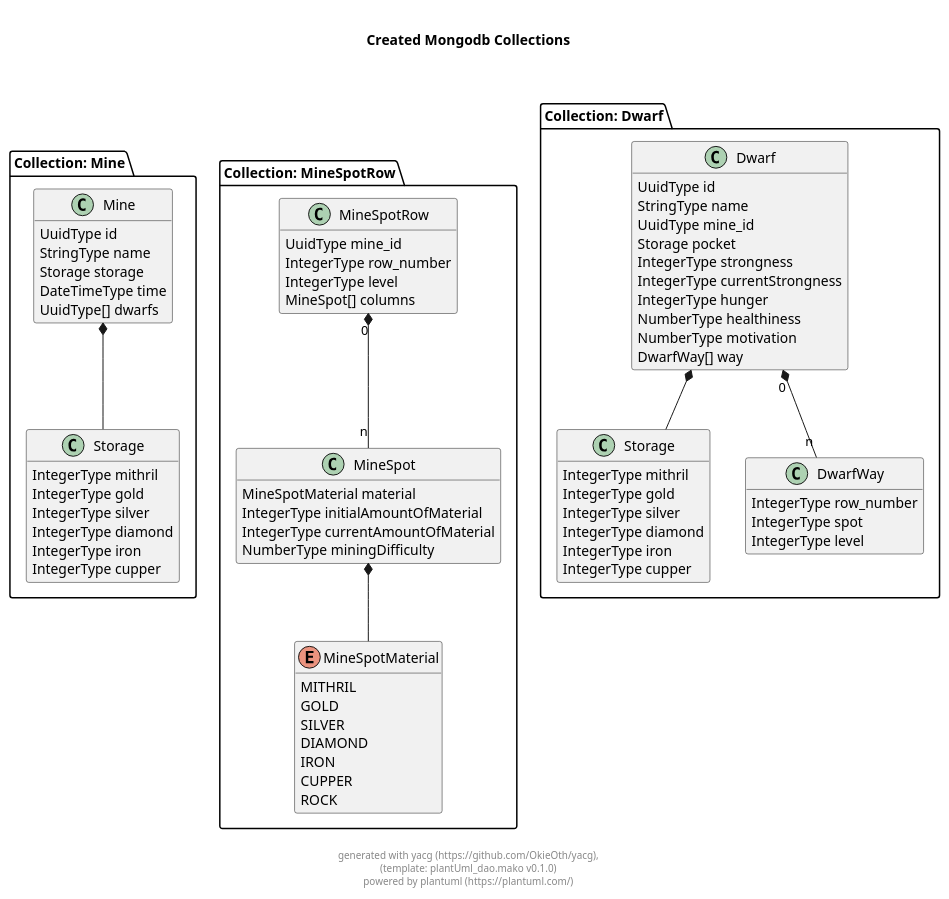
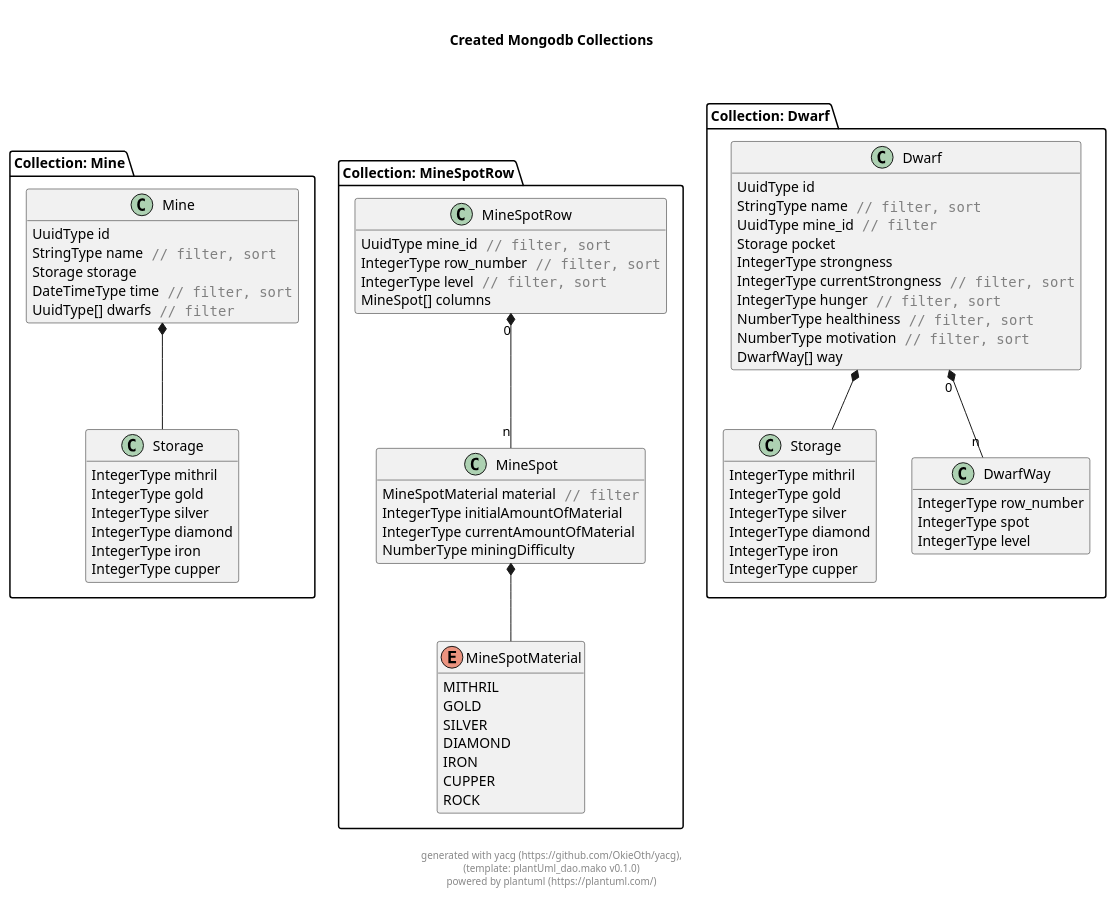
The diagram in docs/generated/nibelheim_dao.puml (OkieOth/nibelheim_ts), drawn with PlantUML before and after one commit. The commit also changed 6 other files, not shown here.

```diff
--- a/docs/generated/nibelheim_dao.puml
+++ b/docs/generated/nibelheim_dao.puml
@@ -2,96 +2,96 @@
 @startuml
 hide empty methods
 
 title "\nCreated Mongodb Collections\n\n"
 
 package "Collection: Mine" {
 
     class "Mine" as Mine_Mine {
             UuidType id
-            StringType name
+            StringType name<color:grey>"" // filter, sort""</color>
             Storage storage
-            DateTimeType time
-            UuidType[] dwarfs
+            DateTimeType time<color:grey>"" // filter, sort""</color>
+            UuidType[] dwarfs<color:grey>"" // filter""</color>
     }
     class "Storage" as Mine_Storage {
             IntegerType mithril
             IntegerType gold
             IntegerType silver
             IntegerType diamond
             IntegerType iron
             IntegerType cupper
     }
 
     Mine_Mine  *--  Mine_Storage
 
 
 }
 package "Collection: MineSpotRow" {
 
     class "MineSpotRow" as MineSpotRow_MineSpotRow {
-            UuidType mine_id
-            IntegerType row_number
-            IntegerType level
+            UuidType mine_id<color:grey>"" // filter, sort""</color>
+            IntegerType row_number<color:grey>"" // filter, sort""</color>
+            IntegerType level<color:grey>"" // filter, sort""</color>
             MineSpot[] columns
     }
     class "MineSpot" as MineSpotRow_MineSpot {
-            MineSpotMaterial material
+            MineSpotMaterial material<color:grey>"" // filter""</color>
             IntegerType initialAmountOfMaterial
             IntegerType currentAmountOfMaterial
             NumberType miningDifficulty
     }
     enum "MineSpotMaterial" as MineSpotRow_MineSpotMaterial {
         MITHRIL
         GOLD
         SILVER
         DIAMOND
         IRON
         CUPPER
         ROCK
     }
 
     MineSpotRow_MineSpotRow "0" *-- "n" MineSpotRow_MineSpot
 
 
     MineSpotRow_MineSpot  *--  MineSpotRow_MineSpotMaterial
 
 
 }
 package "Collection: Dwarf" {
 
     class "Dwarf" as Dwarf_Dwarf {
             UuidType id
-            StringType name
-            UuidType mine_id
+            StringType name<color:grey>"" // filter, sort""</color>
+            UuidType mine_id<color:grey>"" // filter""</color>
             Storage pocket
             IntegerType strongness
-            IntegerType currentStrongness
-            IntegerType hunger
-            NumberType healthiness
-            NumberType motivation
+            IntegerType currentStrongness<color:grey>"" // filter, sort""</color>
+            IntegerType hunger<color:grey>"" // filter, sort""</color>
+            NumberType healthiness<color:grey>"" // filter, sort""</color>
+            NumberType motivation<color:grey>"" // filter, sort""</color>
             DwarfWay[] way
     }
     class "Storage" as Dwarf_Storage {
             IntegerType mithril
             IntegerType gold
             IntegerType silver
             IntegerType diamond
             IntegerType iron
             IntegerType cupper
     }
     class "DwarfWay" as Dwarf_DwarfWay {
             IntegerType row_number
             IntegerType spot
             IntegerType level
     }
 
     Dwarf_Dwarf  *--  Dwarf_Storage
 
     Dwarf_Dwarf "0" *-- "n" Dwarf_DwarfWay
 
 
 
 }
 
 footer \ngenerated with yacg (https://github.com/OkieOth/yacg),\n(template: plantUml_dao.mako v0.1.0)\npowered by plantuml (https://plantuml.com/)
 @enduml
```
